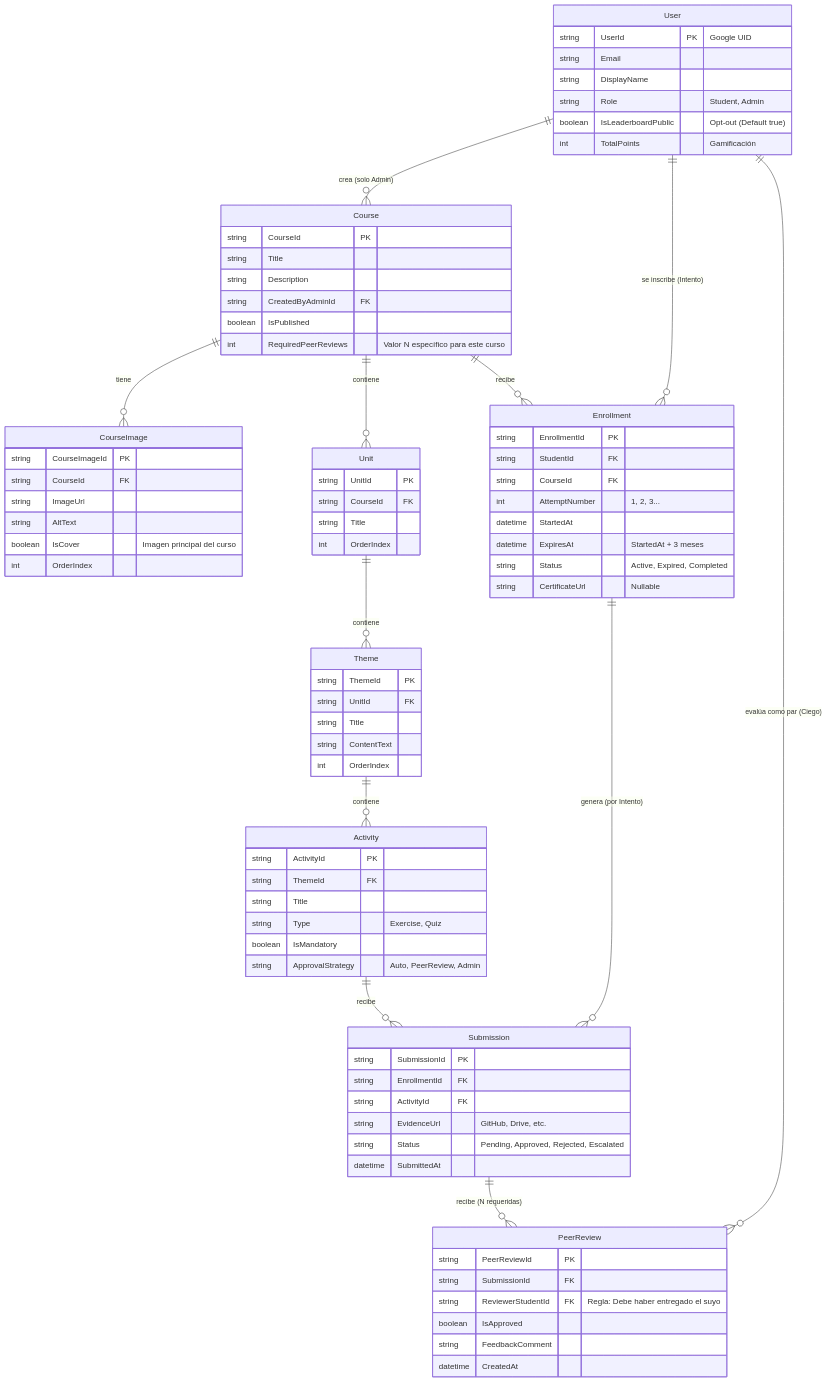
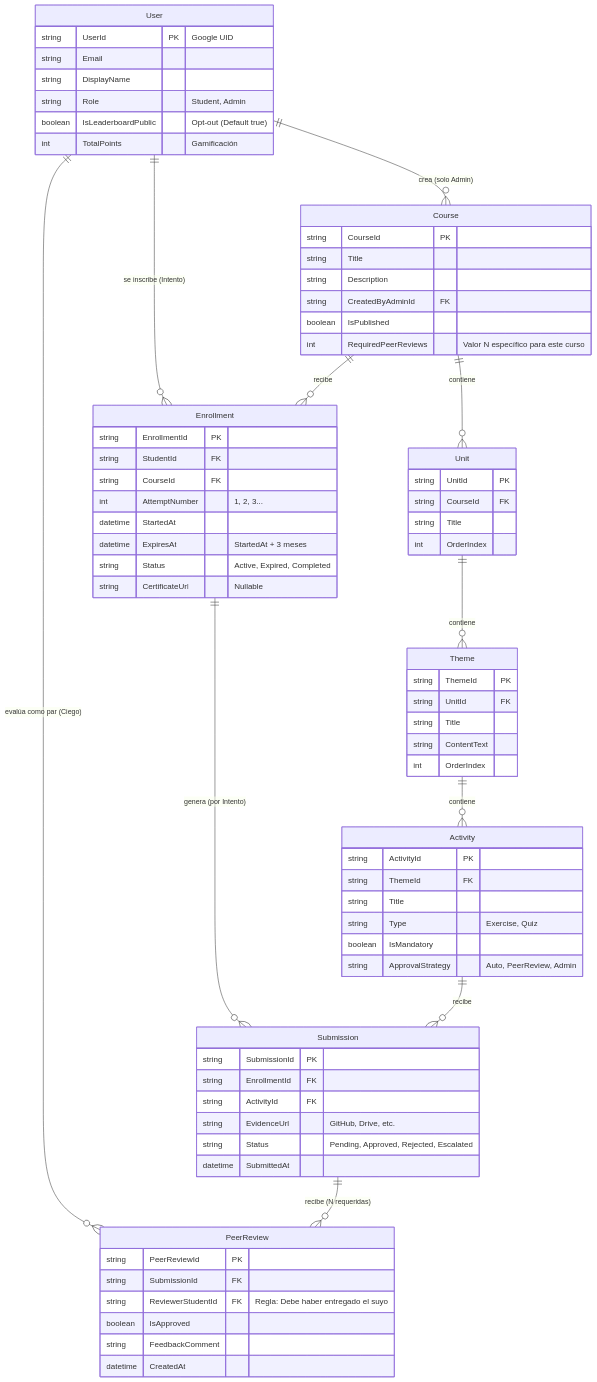
The first of 2 diagrams in src/Mentorly.UI/README.md (adonismercado/Mentorly.Net), drawn with Mermaid before and after one commit. The commit also changed 10 other files, not shown here.

Commit message:
Elimina CourseImage de los Service y Entidades

```diff
--- a/src/Mentorly.UI/README.md
+++ b/src/Mentorly.UI/README.md
@@ -139,15 +139,6 @@
         string CreatedByAdminId FK
         boolean IsPublished
         int RequiredPeerReviews "Valor N específico para este curso"
-    }
-
-    CourseImage {
-        string CourseImageId PK
-        string CourseId FK
-        string ImageUrl
-        string AltText
-        boolean IsCover "Imagen principal del curso"
-        int OrderIndex
     }
 
     Unit {
@@ -209,7 +200,6 @@
     User ||--o{ PeerReview : "evalúa como par (Ciego)"
     
     %% Relaciones de Jerarquía de Contenido
-    Course ||--o{ CourseImage : "tiene"
     Course ||--o{ Unit : "contiene"
     Unit ||--o{ Theme : "contiene"
     Theme ||--o{ Activity : "contiene"
```
